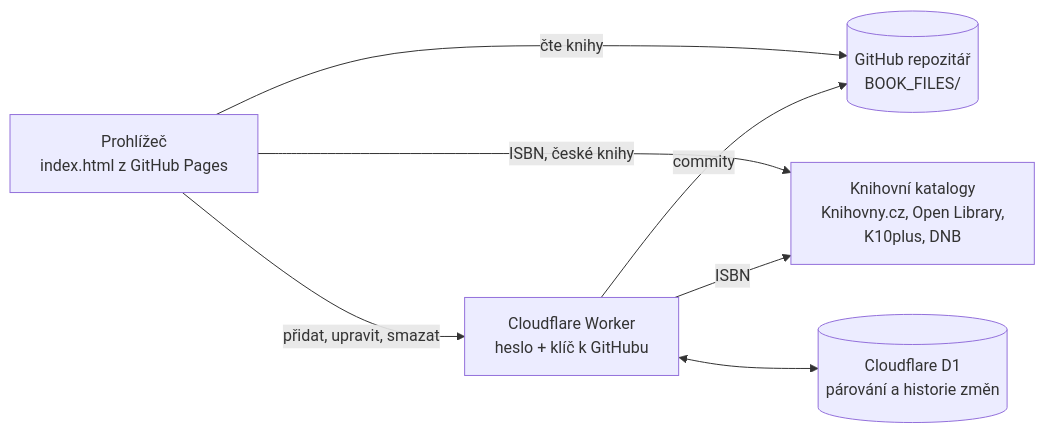
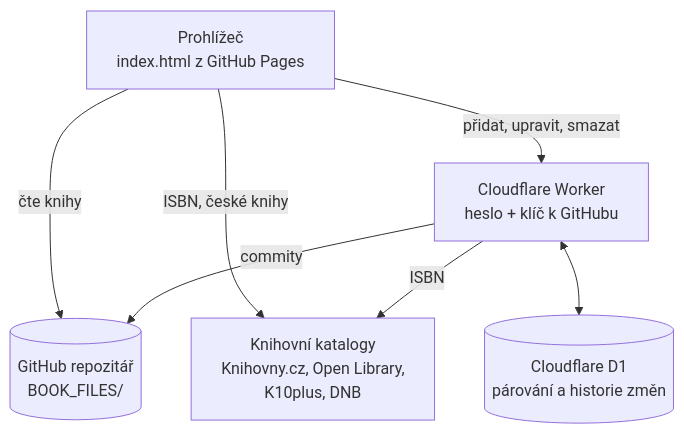
The diagram in README.md (jemolotrab/AK-Database), drawn with Mermaid before and after one commit.

````diff
--- a/README.md
+++ b/README.md
@@ -51,14 +51,14 @@
 ```mermaid
-flowchart LR
+graph TD;
     V["Prohlížeč<br/>index.html z GitHub Pages"]
     W["Cloudflare Worker<br/>heslo + klíč k GitHubu"]
     G[("GitHub repozitář<br/>BOOK_FILES/")]
     C["Knihovní katalogy<br/>Knihovny.cz, Open Library,<br/>K10plus, DNB"]
     D[("Cloudflare D1<br/>párování a historie změn")]
     V -->|"čte knihy"| G
     V -->|"přidat, upravit, smazat"| W
     W -->|"commity"| G
     V -->|"ISBN, české knihy"| C
     W -->|"ISBN"| C
     W <--> D
 ```
````
